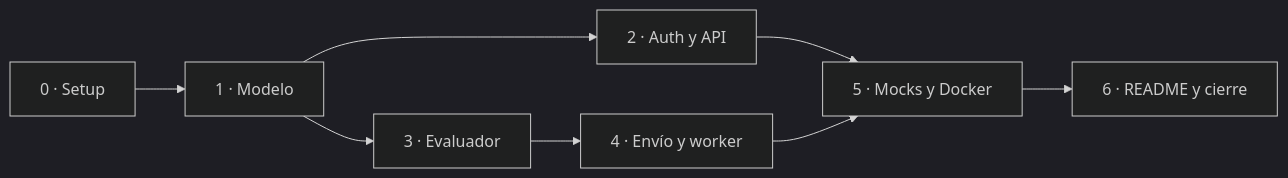
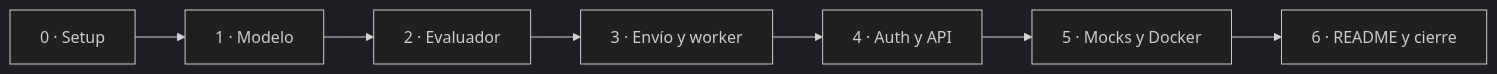
Before and after one commit to MolinaFranco/weather-alerts: the fifth of 5 diagrams in docs/plan.md, drawn with Mermaid (dark theme). The commit also changed other lines of this file, not shown here.

Commit message:
docs: run the evaluator and worker phases before the API

````diff
--- a/docs/plan.md
+++ b/docs/plan.md
@@ -399,10 +406,9 @@
 ```mermaid
 flowchart LR
     F0[0 · Setup] --> F1[1 · Modelo]
-    F1 --> F2[2 · Auth y API]
-    F1 --> F3[3 · Evaluador]
-    F3 --> F4[4 · Envío y worker]
-    F2 --> F5[5 · Mocks y Docker]
-    F4 --> F5
+    F1 --> F2[2 · Evaluador]
+    F2 --> F3[3 · Envío y worker]
+    F3 --> F4[4 · Auth y API]
+    F4 --> F5[5 · Mocks y Docker]
     F5 --> F6[6 · README y cierre]
 ```
````
